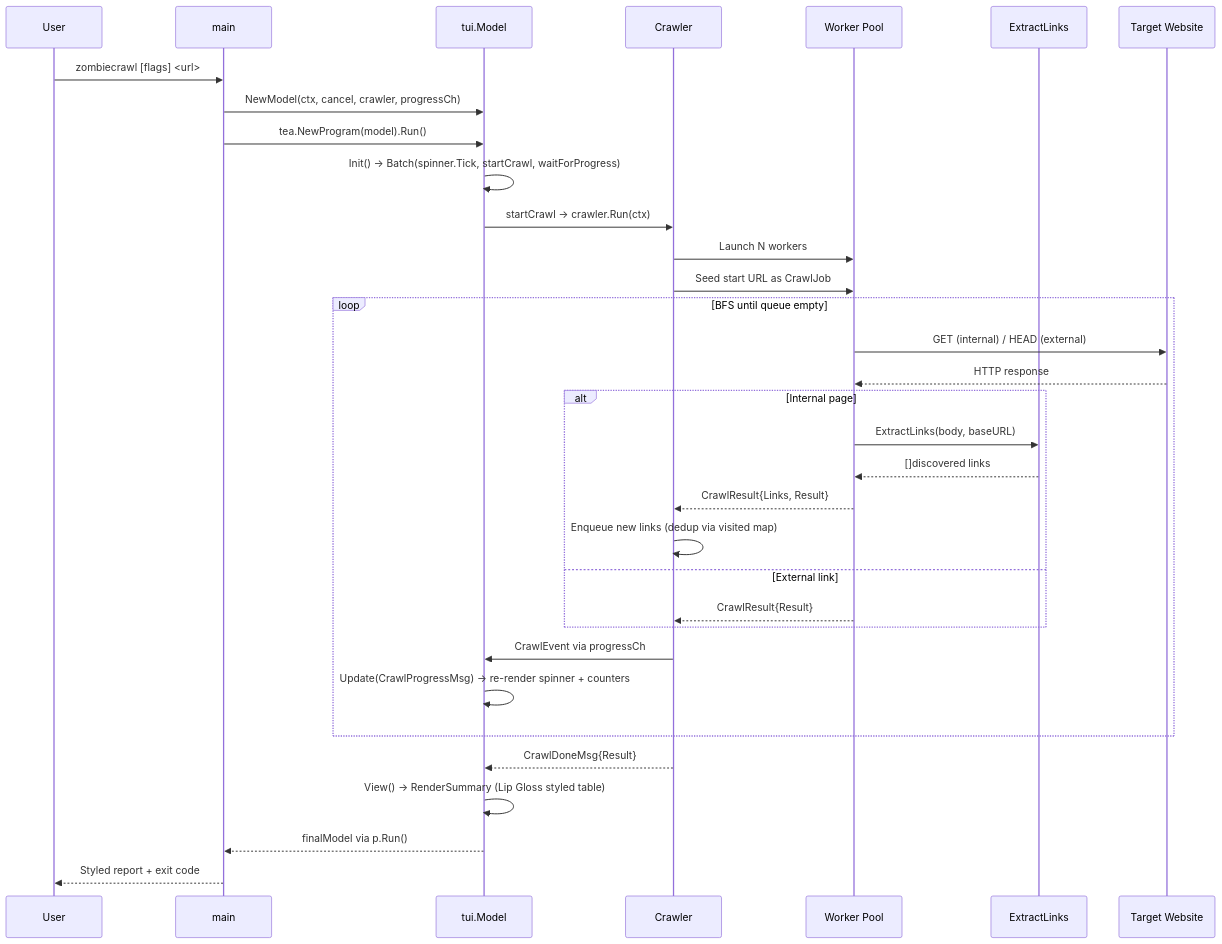
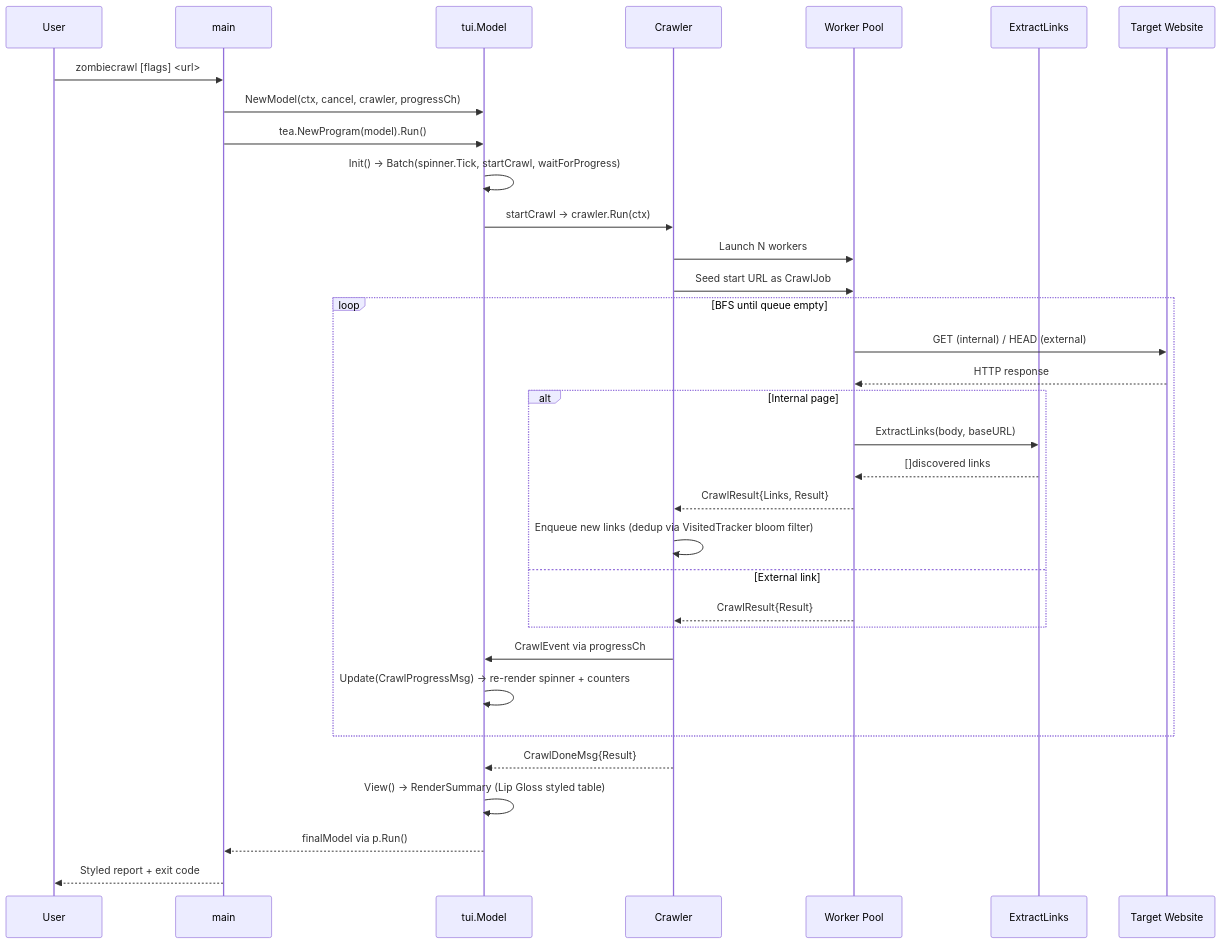
The fifth of 6 diagrams in docs/ARCHITECTURE.md (lukemcguire/vibraphone-template), drawn with Mermaid before and after one commit. The commit also changed other lines of this file and 11 other files, not shown here.

First line of the commit message:
feat(crawler): add disk-backed bloom filter and memory monitoring

````diff
--- a/docs/ARCHITECTURE.md
+++ b/docs/ARCHITECTURE.md
@@ -156,38 +184,38 @@
 ```mermaid
 sequenceDiagram
     participant U as User
     participant M as main
     participant TUI as tui.Model
     participant C as Crawler
     participant W as Worker Pool
     participant E as ExtractLinks
     participant T as Target Website
 
     U->>M: zombiecrawl [flags] <url>
     M->>TUI: NewModel(ctx, cancel, crawler, progressCh)
     M->>TUI: tea.NewProgram(model).Run()
     TUI->>TUI: Init() → Batch(spinner.Tick, startCrawl, waitForProgress)
     TUI->>C: startCrawl → crawler.Run(ctx)
     C->>W: Launch N workers
     C->>W: Seed start URL as CrawlJob
 
     loop BFS until queue empty
         W->>T: GET (internal) / HEAD (external)
         T-->>W: HTTP response
         alt Internal page
             W->>E: ExtractLinks(body, baseURL)
             E-->>W: []discovered links
             W-->>C: CrawlResult{Links, Result}
-            C->>C: Enqueue new links (dedup via visited map)
+            C->>C: Enqueue new links (dedup via VisitedTracker bloom filter)
         else External link
             W-->>C: CrawlResult{Result}
         end
         C->>TUI: CrawlEvent via progressCh
         TUI->>TUI: Update(CrawlProgressMsg) → re-render spinner + counters
     end
 
     C-->>TUI: CrawlDoneMsg{Result}
     TUI->>TUI: View() → RenderSummary (Lip Gloss styled table)
     TUI-->>M: finalModel via p.Run()
     M-->>U: Styled report + exit code
 ```
````
